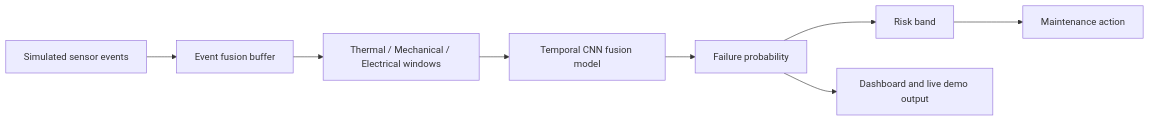
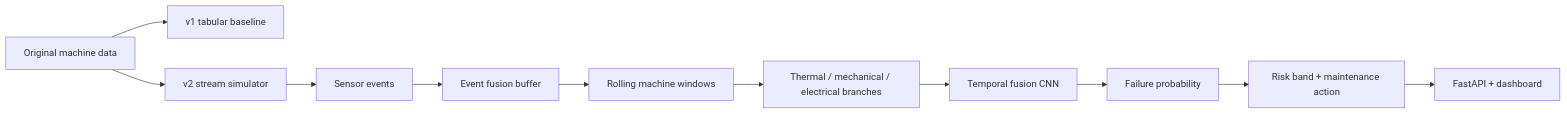
One commit to biswajit328/smart-factory-predictive-maintenance changed the diagram in README.md. Above: the diagram before and after it, drawn with Mermaid. The commit also changed other lines of this file, not shown here.

````diff
--- a/README.md
+++ b/README.md
@@ -64,10 +57,13 @@
 ```mermaid
 flowchart LR
-    A["Simulated sensor events"] --> B["Event fusion buffer"]
-    B --> C["Thermal / Mechanical / Electrical windows"]
-    C --> D["Temporal CNN fusion model"]
-    D --> E["Failure probability"]
-    E --> F["Risk band"]
-    F --> G["Maintenance action"]
-    E --> H["Dashboard and live demo output"]
+    A["Original machine data"] --> B["v1 tabular baseline"]
+    A --> C["v2 stream simulator"]
+    C --> D["Sensor events"]
+    D --> E["Event fusion buffer"]
+    E --> F["Rolling machine windows"]
+    F --> G["Thermal / mechanical / electrical branches"]
+    G --> H["Temporal fusion CNN"]
+    H --> I["Failure probability"]
+    I --> J["Risk band + maintenance action"]
+    J --> K["FastAPI + dashboard"]
 ```
````
